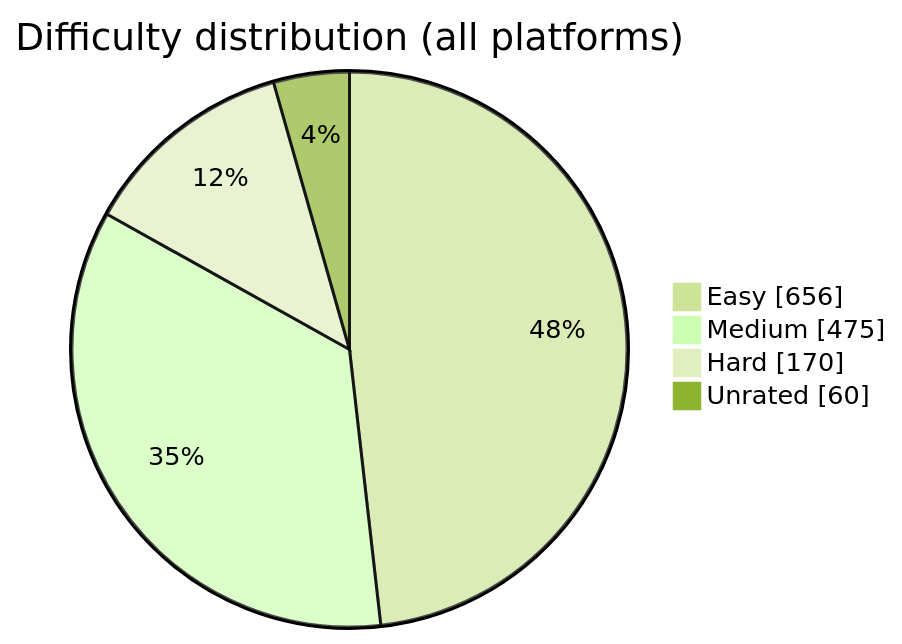
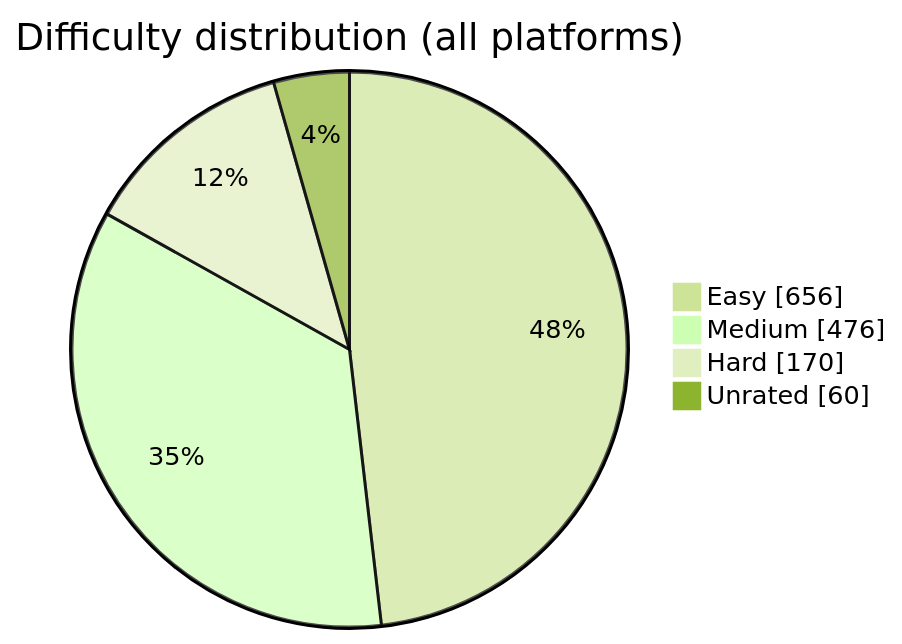
The diagram in README.md (BuildbyArindam/Daily-Coding-Log), drawn with Mermaid (forest theme) before and after one commit. The commit also changed other lines of this file, not shown here.

````diff
--- a/README.md
+++ b/README.md
@@ -93,7 +93,7 @@
 ```mermaid
 pie showData title Difficulty distribution (all platforms)
     "Easy" : 656
-    "Medium" : 475
+    "Medium" : 476
     "Hard" : 170
     "Unrated" : 60
 ```
````
